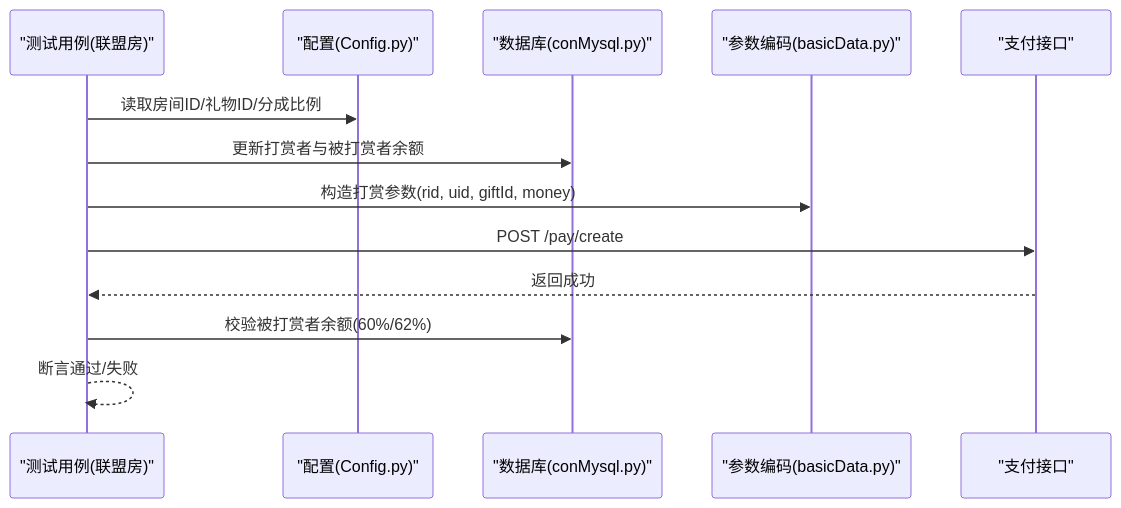
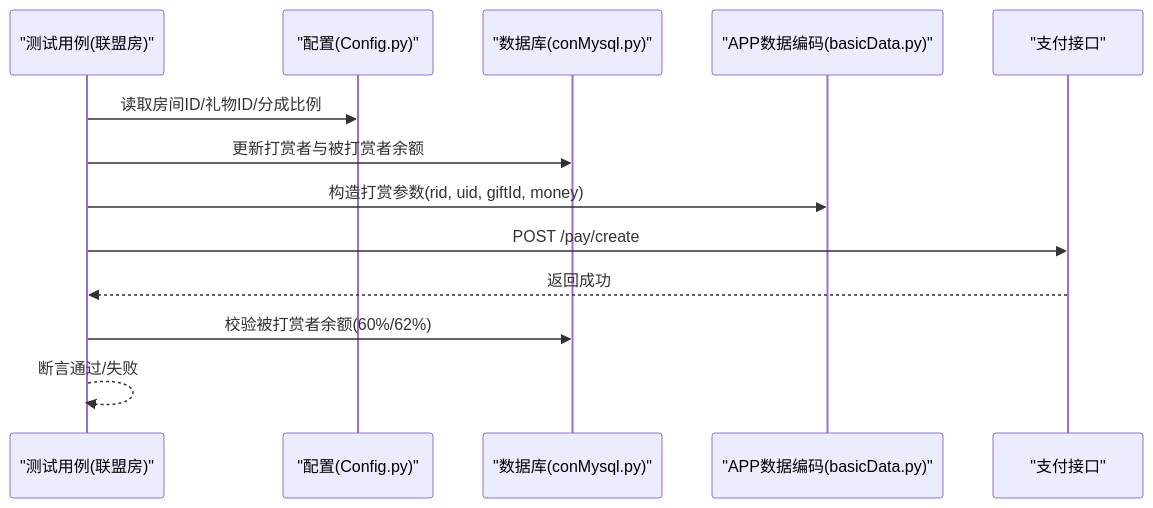
The third of 8 diagrams in .qoder/repowiki/zh/content/支付测试用例/房间支付测试/房间支付测试.md (liximing1-ola/qa-payTest), drawn with Mermaid before and after one commit. The commit also changed other lines of this file and 6 other files, not shown here.

````diff
--- a/.qoder/repowiki/zh/content/支付测试用例/房间支付测试/房间支付测试.md
+++ b/.qoder/repowiki/zh/content/支付测试用例/房间支付测试/房间支付测试.md
@@ -228,15 +234,15 @@
 ```mermaid
 sequenceDiagram
 participant TC as "测试用例(联盟房)"
 participant CFG as "配置(Config.py)"
 participant DB as "数据库(conMysql.py)"
-participant ENC as "参数编码(basicData.py)"
+participant ENC as "APP数据编码(basicData.py)"
 participant API as "支付接口"
 TC->>CFG : 读取房间ID/礼物ID/分成比例
 TC->>DB : 更新打赏者与被打赏者余额
 TC->>ENC : 构造打赏参数(rid, uid, giftId, money)
 TC->>API : POST /pay/create
 API-->>TC : 返回成功
 TC->>DB : 校验被打赏者余额(60%/62%)
 TC-->>TC : 断言通过/失败
 ```
````
